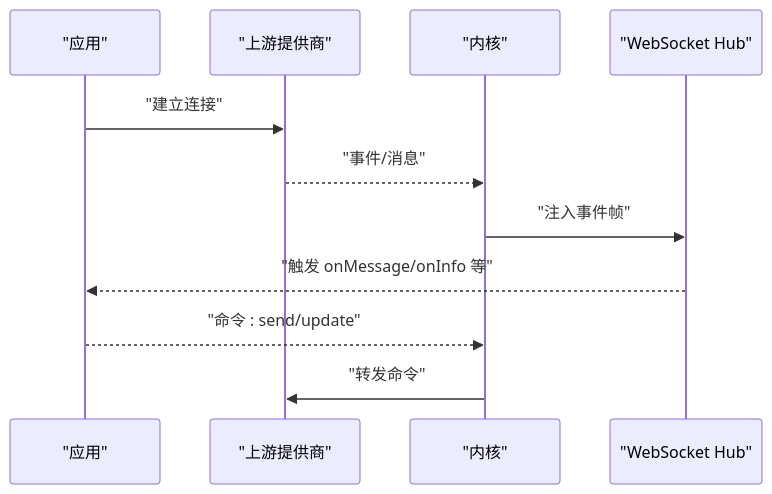
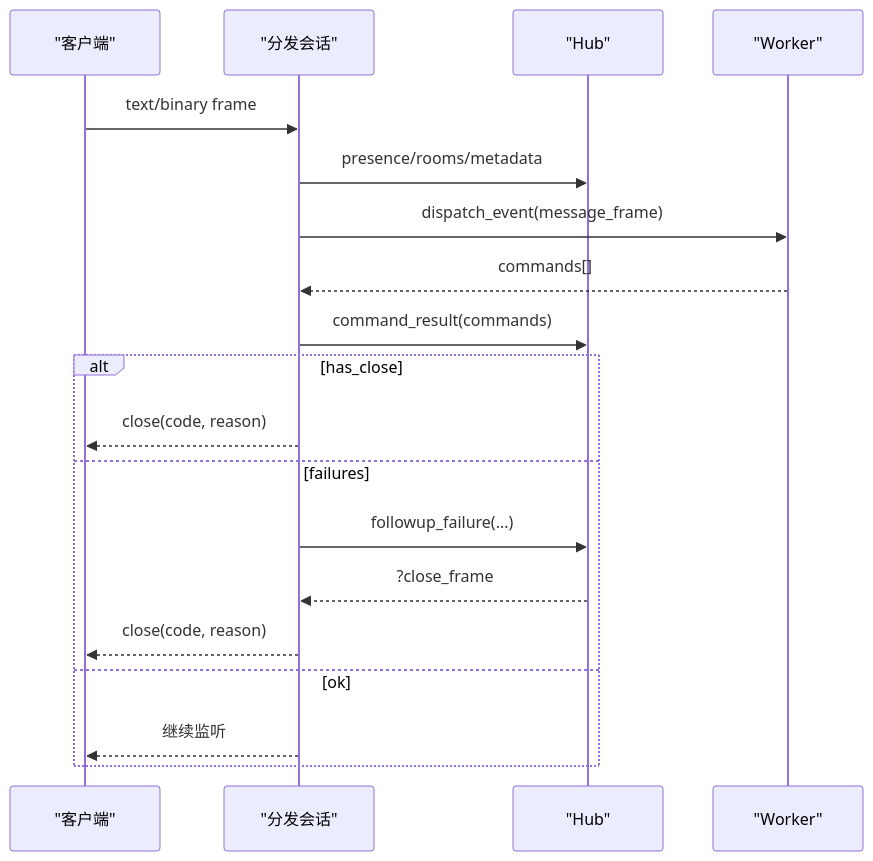
One commit to guweigang/vhttpd changed the seventh of 8 diagrams in .qoder/repowiki/zh/content/API 参考/WebSocket API.md. Above: the diagram before and after it, drawn with Mermaid. The commit also changed other lines of this file and 697 other files, not shown here.

````diff
--- a/.qoder/repowiki/zh/content/API 参考/WebSocket API.md
+++ b/.qoder/repowiki/zh/content/API 参考/WebSocket API.md
@@ -310,13 +310,21 @@
 ```mermaid
 sequenceDiagram
-participant App as "应用"
-participant Up as "上游提供商"
-participant Kernel as "内核"
-participant Hub as "WebSocket Hub"
-App->>Up : "建立连接"
-Up-->>Kernel : "事件/消息"
-Kernel->>Hub : "注入事件帧"
-Hub-->>App : "触发 onMessage/onInfo 等"
-App-->>Kernel : "命令 : send/update"
-Kernel->>Up : "转发命令"
+participant C as "客户端"
+participant D as "分发会话"
+participant H as "Hub"
+participant W as "Worker"
+C->>D : text/binary frame
+D->>H : presence/rooms/metadata
+D->>W : dispatch_event(message_frame)
+W-->>D : commands[]
+D->>H : command_result(commands)
+alt has_close
+D-->>C : close(code, reason)
+else failures
+D->>H : followup_failure(...)
+H-->>D : ?close_frame
+D-->>C : close(code, reason)
+else ok
+D-->>C : 继续监听
+end
 ```
````
